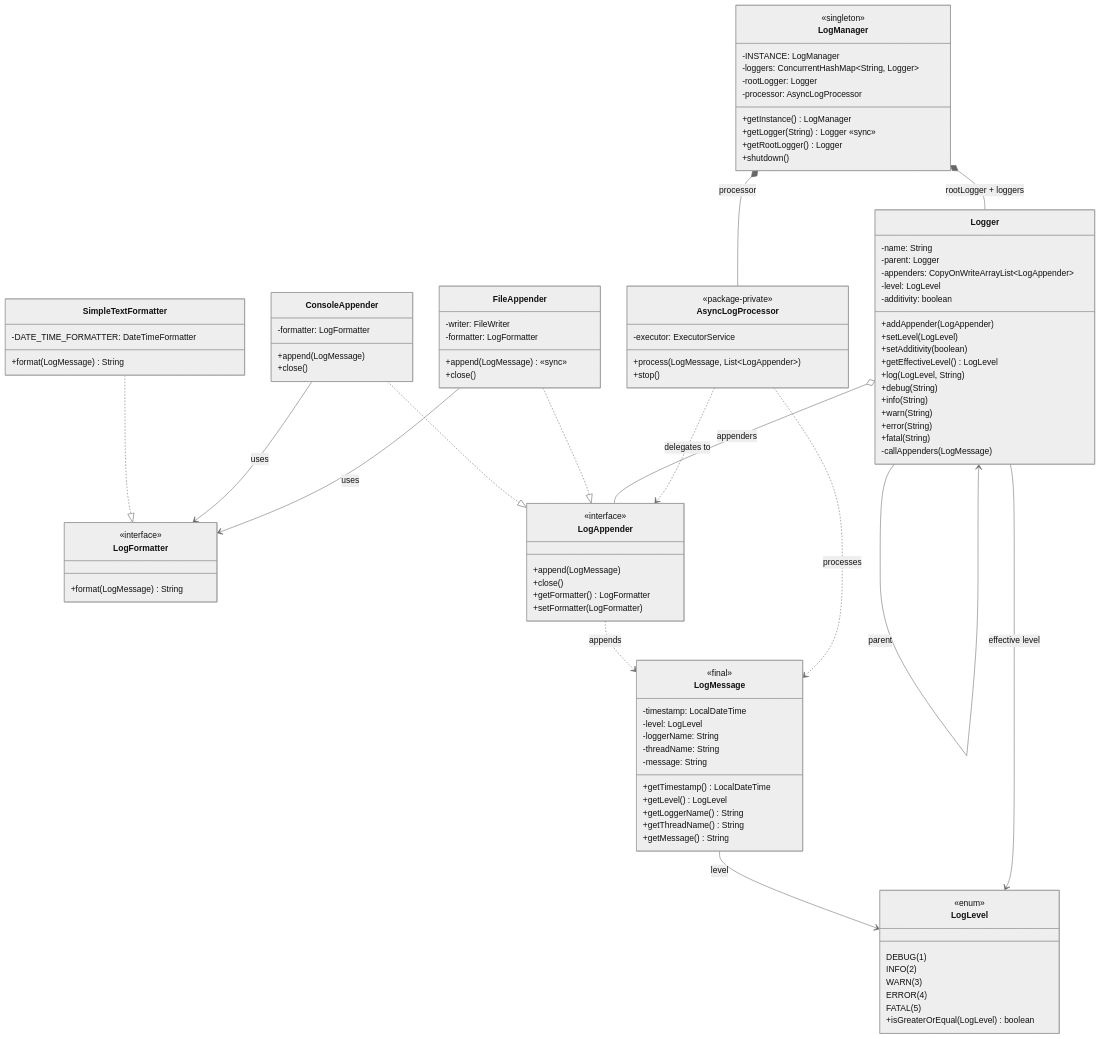
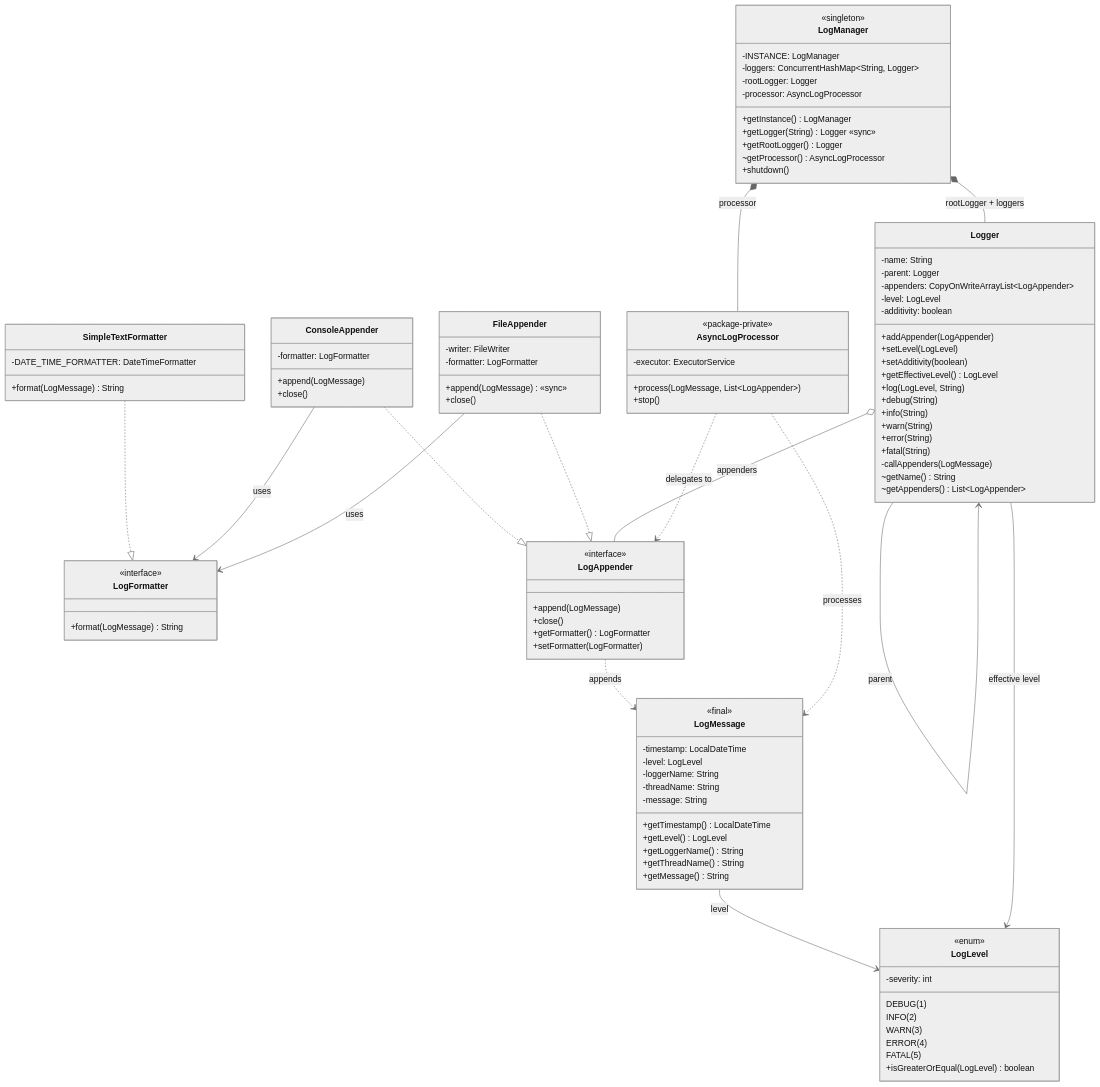
The diagram in logging-framework/README.md (Shivam798/LLD-IQ), drawn with Mermaid (neutral theme) before and after one commit. The commit also changed other lines of this file and 26 other files, not shown here.

Commit message:
Added atm and corrected mermaid diagram of other

```diff
--- a/logging-framework/README.md
+++ b/logging-framework/README.md
@@ -79,6 +79,7 @@
         WARN(3)
         ERROR(4)
         FATAL(5)
+        -severity: int
         +isGreaterOrEqual(LogLevel) boolean
     }
 
@@ -144,6 +145,8 @@
         +error(String)
         +fatal(String)
         -callAppenders(LogMessage)
+        ~getName() String
+        ~getAppenders() List~LogAppender~
     }
 
     class LogManager {
@@ -155,6 +158,7 @@
         +getInstance() LogManager
         +getLogger(String) Logger «sync»
         +getRootLogger() Logger
+        ~getProcessor() AsyncLogProcessor
         +shutdown()
     }
 
```
